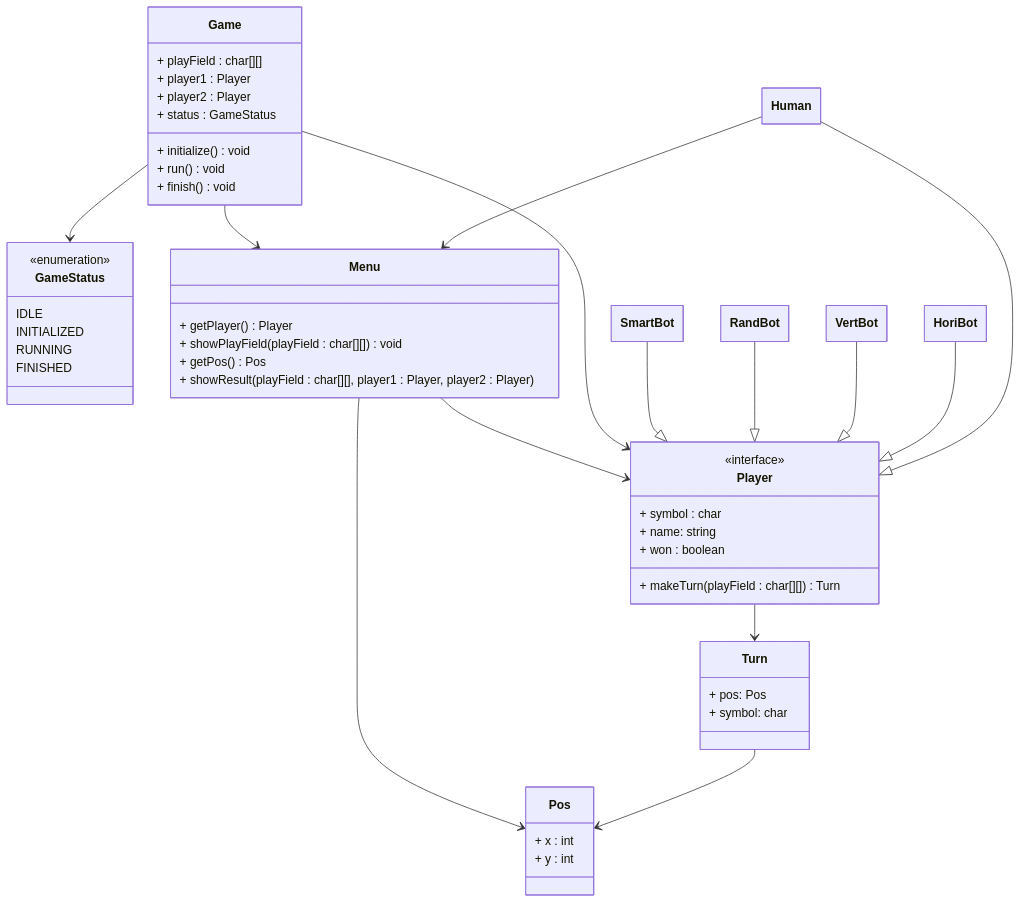
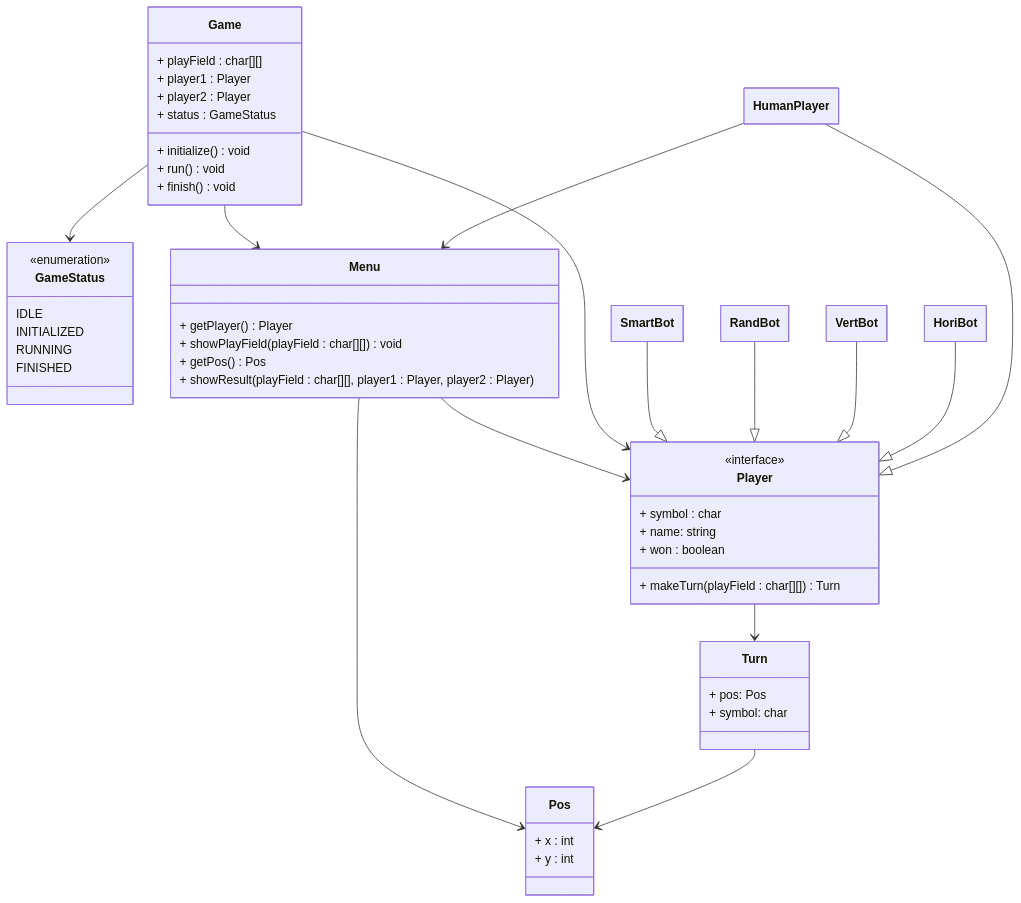
One commit to locxter-dhbw/T4INF1004.2-Programmieren-2-Uebungsprojekt changed the diagram in README.md. Above: the diagram before and after it, drawn with Mermaid. The commit also changed 21 other files, not shown here.

Commit message:
Initialized all classes described in the UML.

````diff
--- a/README.md
+++ b/README.md
@@ -7,65 +7,65 @@
 ```mermaid
 ---
     config:
         class:
             hideEmptyMembersBox: true
 ---
 classDiagram
 	%% Classes
     class Game {
         + playField : char[][]
         + player1 : Player
         + player2 : Player
         + status : GameStatus
         + initialize() void
         + run() void
         + finish() void
     }
     class GameStatus {
         <<enumeration>>
         IDLE
         INITIALIZED
         RUNNING
         FINISHED
     }
     class Player {
         <<interface>>
         + symbol : char
         + name: string
         + won : boolean
         + makeTurn(playField : char[][]) Turn
     }
-    class Human
+    class HumanPlayer
     class HoriBot
     class VertBot
     class RandBot
     class SmartBot
     class Pos {
         + x : int
         + y : int
     }
     class Turn {
         + pos: Pos
         + symbol: char
     }
     class Menu {
         + getPlayer() Player
         + showPlayField(playField : char[][]) void
         + getPos() Pos
         + showResult(playField : char[][], player1 : Player, player2 : Player)
     }
     %% Relationships
-    Human --|> Player
+    HumanPlayer --|> Player
     HoriBot  --|> Player
     VertBot --|> Player
     RandBot --|> Player
     SmartBot --|> Player
     Turn --> Pos
     Menu --> Pos
     Player --> Turn
-    Human --> Menu
+    HumanPlayer --> Menu
     Game --> Menu
     Game --> GameStatus
     Game --> Player
     Menu --> Player
 ```
````
